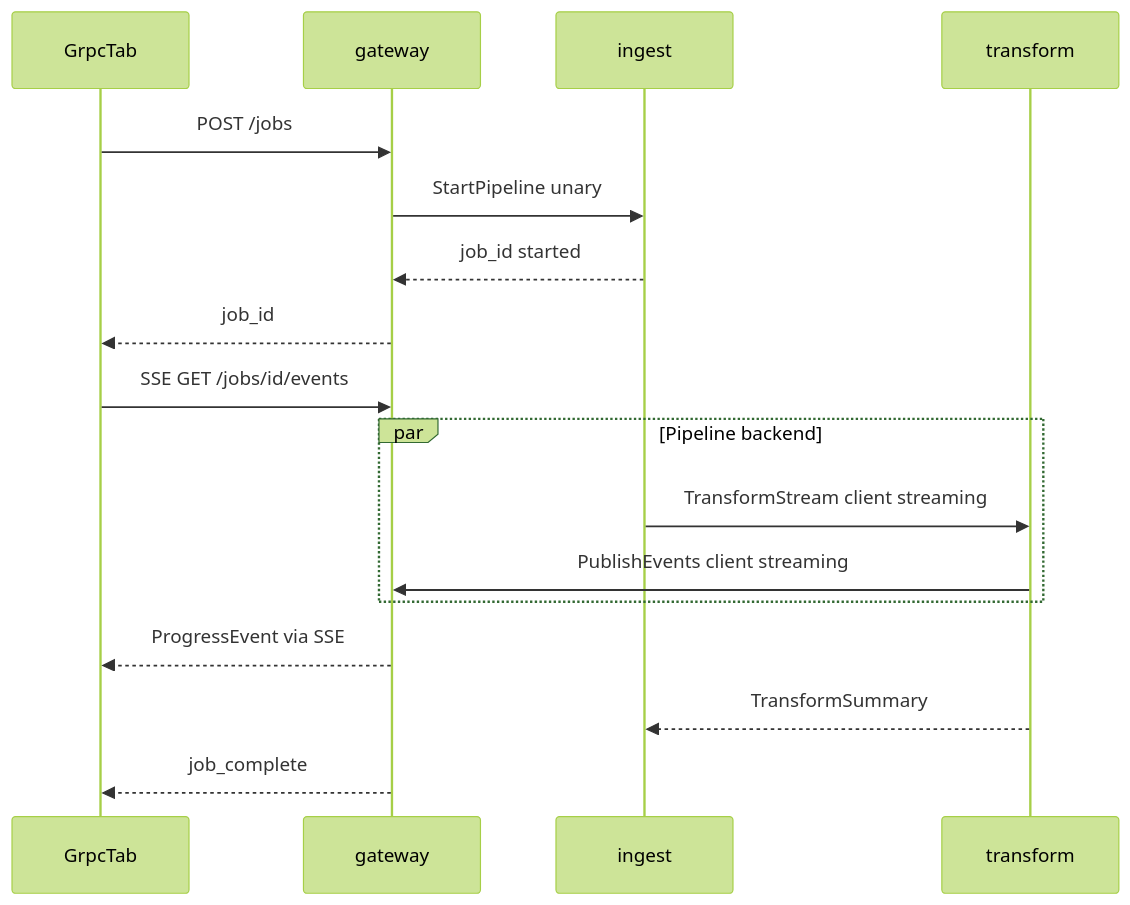
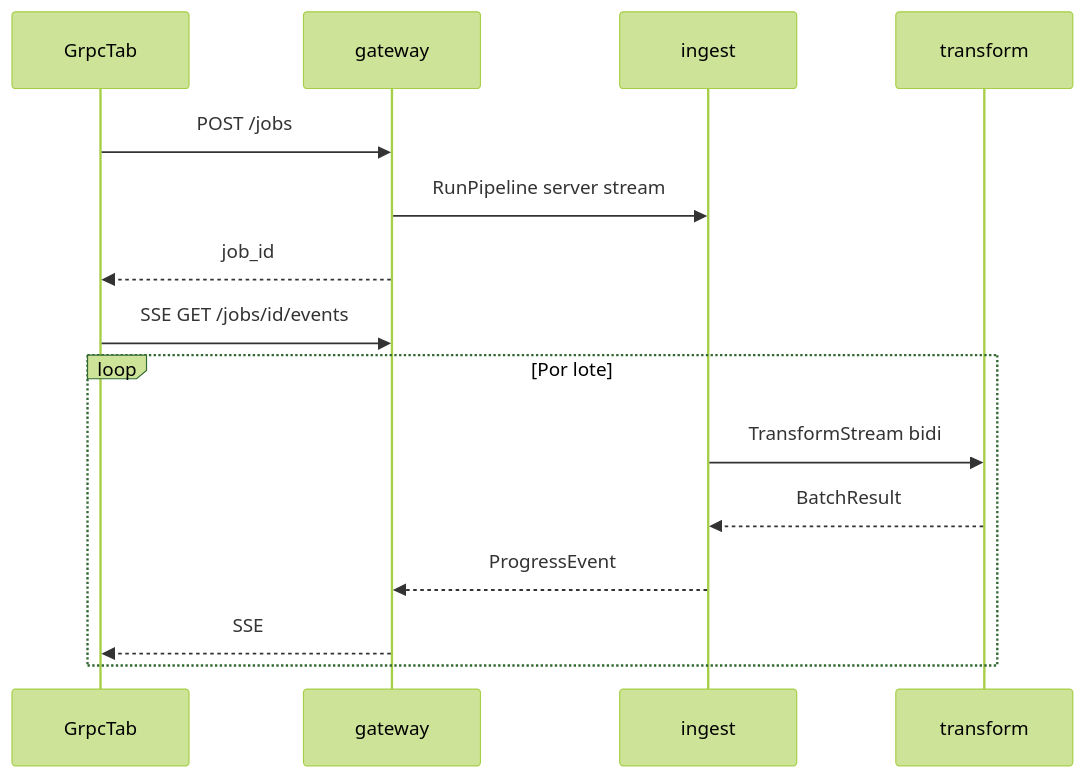
Before and after one commit to cccg8105/cccg_grpc_demo: the second of 4 diagrams in docs/DESCRIPCION_TECNICA.md, drawn with Mermaid (forest theme). The commit also changed other lines of this file and 46 other files, not shown here.

````diff
--- a/docs/DESCRIPCION_TECNICA.md
+++ b/docs/DESCRIPCION_TECNICA.md
@@ -111,23 +117,20 @@
 ```mermaid
 sequenceDiagram
   participant UI as GrpcTab
   participant GW as gateway
   participant ING as ingest
   participant TRF as transform
 
   UI->>GW: POST /jobs
-  GW->>ING: StartPipeline unary
-  ING-->>GW: job_id started
+  GW->>ING: RunPipeline server stream
   GW-->>UI: job_id
 
   UI->>GW: SSE GET /jobs/id/events
 
-  par Pipeline backend
-    ING->>TRF: TransformStream client streaming
-    TRF->>GW: PublishEvents client streaming
+  loop Por lote
+    ING->>TRF: TransformStream bidi
+    TRF-->>ING: BatchResult
+    ING-->>GW: ProgressEvent
+    GW-->>UI: SSE
   end
-
-  GW-->>UI: ProgressEvent via SSE
-  TRF-->>ING: TransformSummary
-  GW-->>UI: job_complete
 ```
````
